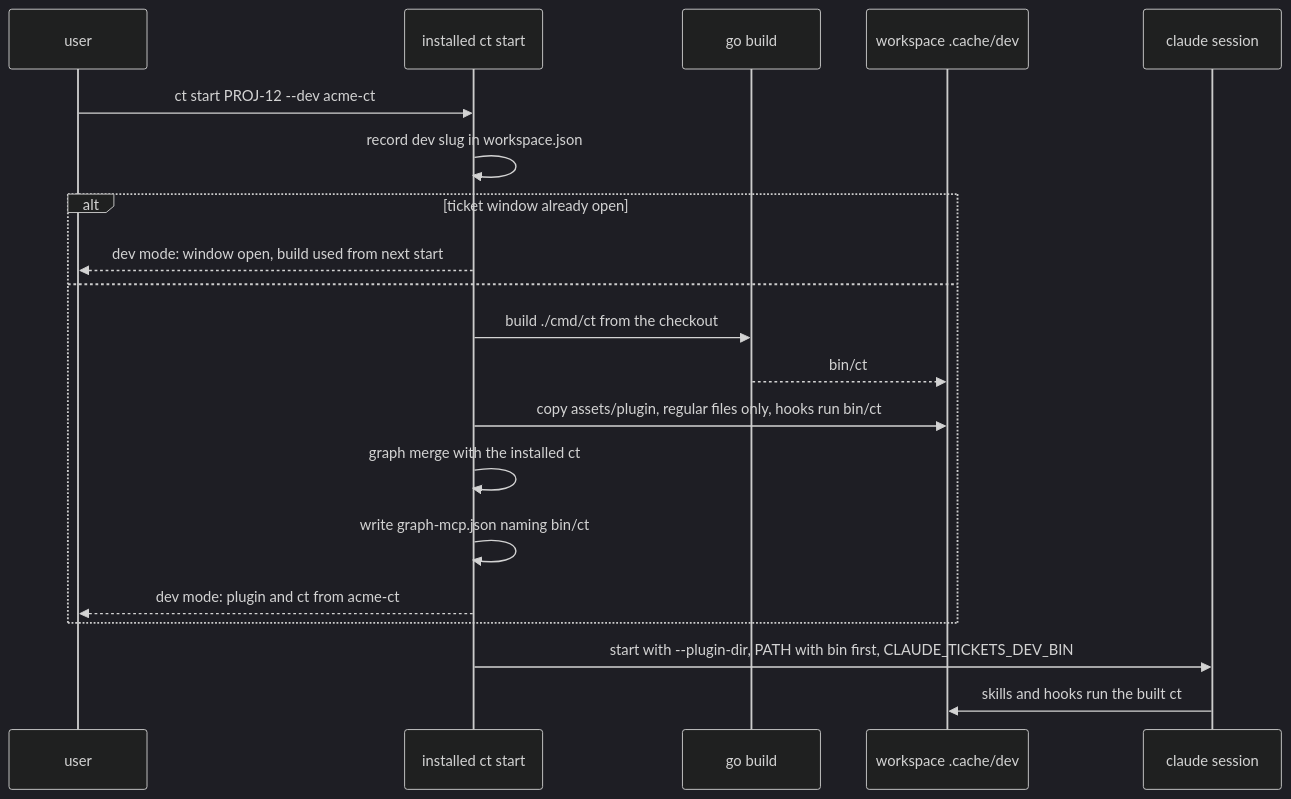
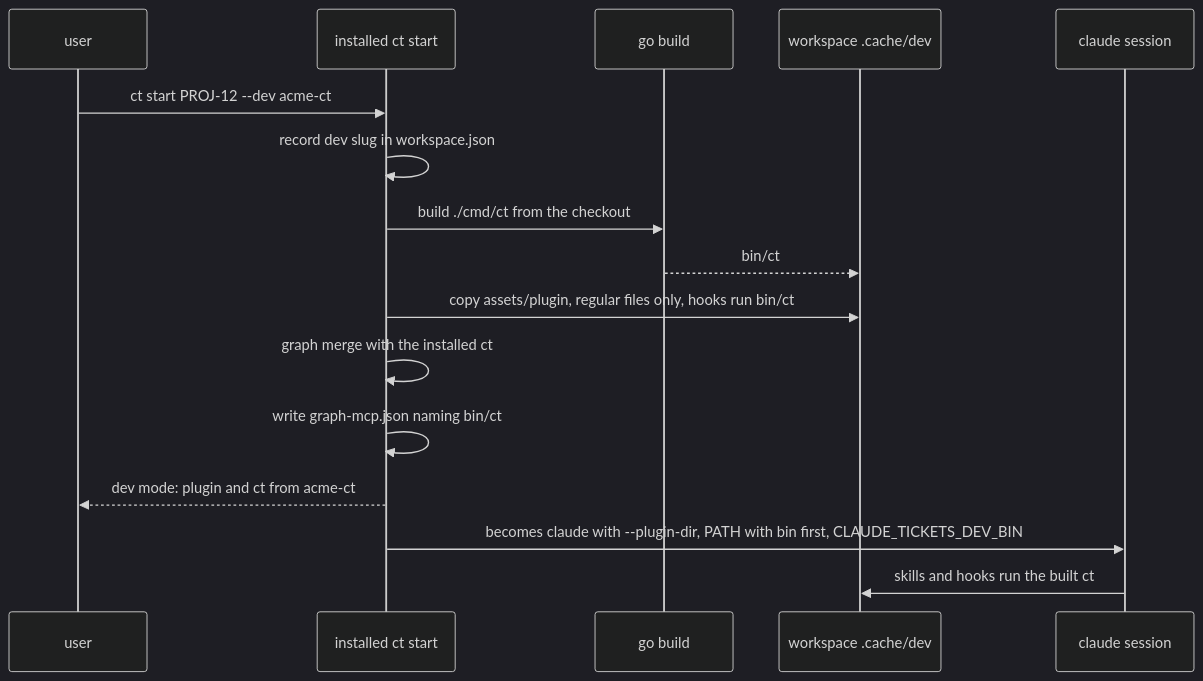
One commit to zero4573/claude-tickets changed the second of 2 diagrams in docs/workspace-and-vault.md. Above: the diagram before and after it, drawn with Mermaid (dark theme). The commit also changed other lines of this file and 49 other files, not shown here.

````diff
--- a/docs/workspace-and-vault.md
+++ b/docs/workspace-and-vault.md
@@ -86,22 +84,18 @@
 ```mermaid
 sequenceDiagram
   participant U as user
   participant S as installed ct start
   participant G as go build
   participant W as workspace .cache/dev
   participant C as claude session
   U->>S: ct start PROJ-12 --dev acme-ct
   S->>S: record dev slug in workspace.json
-  alt ticket window already open
-    S-->>U: dev mode: window open, build used from next start
-  else
-    S->>G: build ./cmd/ct from the checkout
-    G-->>W: bin/ct
-    S->>W: copy assets/plugin, regular files only, hooks run bin/ct
-    S->>S: graph merge with the installed ct
-    S->>S: write graph-mcp.json naming bin/ct
-    S-->>U: dev mode: plugin and ct from acme-ct
-  end
-  S->>C: start with --plugin-dir, PATH with bin first, CLAUDE_TICKETS_DEV_BIN
+  S->>G: build ./cmd/ct from the checkout
+  G-->>W: bin/ct
+  S->>W: copy assets/plugin, regular files only, hooks run bin/ct
+  S->>S: graph merge with the installed ct
+  S->>S: write graph-mcp.json naming bin/ct
+  S-->>U: dev mode: plugin and ct from acme-ct
+  S->>C: becomes claude with --plugin-dir, PATH with bin first, CLAUDE_TICKETS_DEV_BIN
   C->>W: skills and hooks run the built ct
 ```
````
